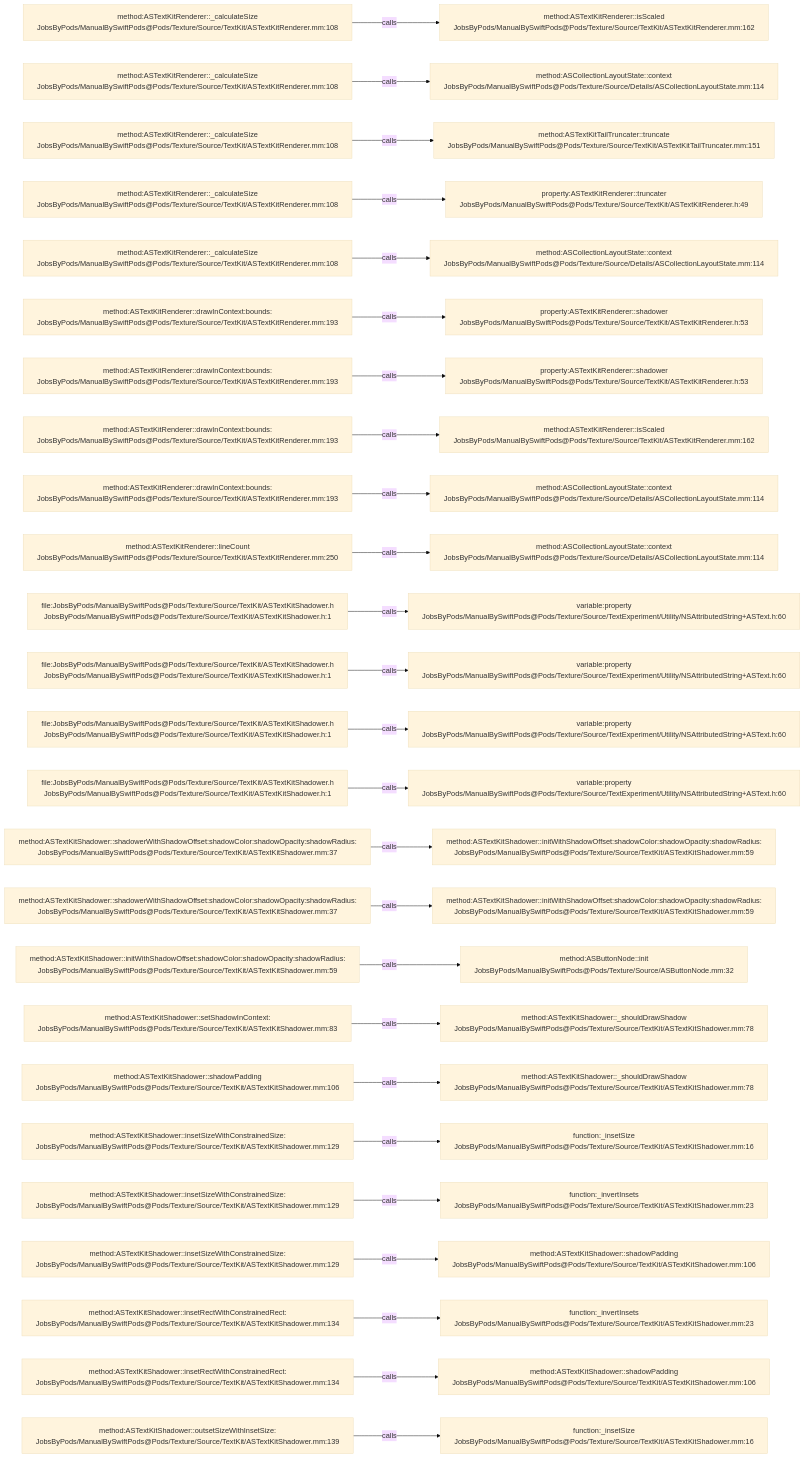
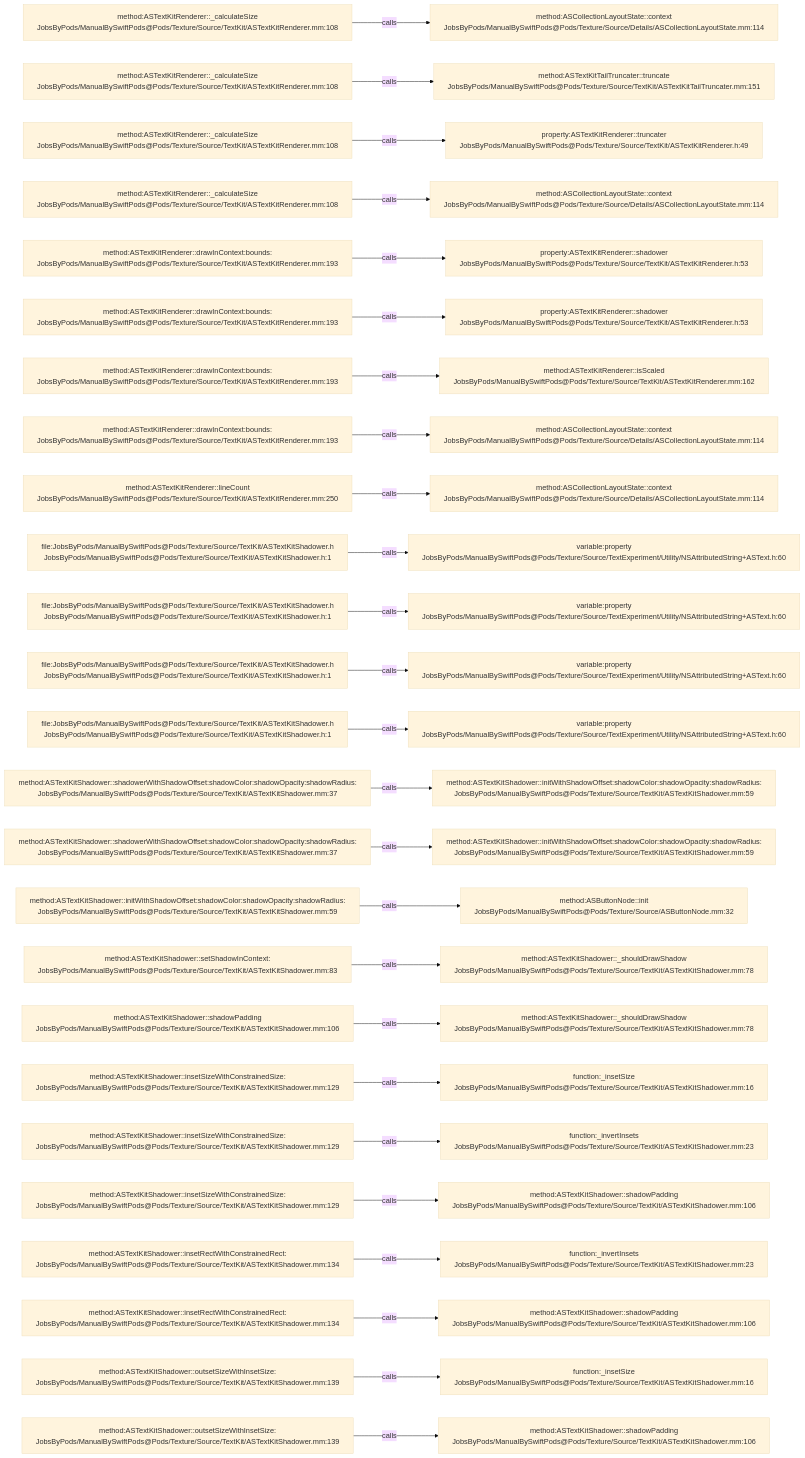
One commit to JobsKits/JobsSwiftBaseConfigDemo changed the diagram in .codegraph/codegraph.md/graphs/calls-150.md. Above: the diagram before and after it, drawn with Mermaid (base theme). The commit also changed 747 other files, not shown here.

````diff
--- a/.codegraph/codegraph.md/graphs/calls-150.md
+++ b/.codegraph/codegraph.md/graphs/calls-150.md
@@ -13,78 +13,78 @@
 ```mermaid
 flowchart LR
   S1["method:ASTextKitRenderer::_calculateSize<br/>JobsByPods/ManualBySwiftPods@Pods/Texture/Source/TextKit/ASTextKitRenderer.mm:108"]
-  T1["method:ASTextKitRenderer::isScaled<br/>JobsByPods/ManualBySwiftPods@Pods/Texture/Source/TextKit/ASTextKitRenderer.mm:162"]
+  T1["method:ASCollectionLayoutState::context<br/>JobsByPods/ManualBySwiftPods@Pods/Texture/Source/Details/ASCollectionLayoutState.mm:114"]
   S1 -->|calls| T1
   S2["method:ASTextKitRenderer::_calculateSize<br/>JobsByPods/ManualBySwiftPods@Pods/Texture/Source/TextKit/ASTextKitRenderer.mm:108"]
-  T2["method:ASCollectionLayoutState::context<br/>JobsByPods/ManualBySwiftPods@Pods/Texture/Source/Details/ASCollectionLayoutState.mm:114"]
+  T2["method:ASTextKitTailTruncater::truncate<br/>JobsByPods/ManualBySwiftPods@Pods/Texture/Source/TextKit/ASTextKitTailTruncater.mm:151"]
   S2 -->|calls| T2
   S3["method:ASTextKitRenderer::_calculateSize<br/>JobsByPods/ManualBySwiftPods@Pods/Texture/Source/TextKit/ASTextKitRenderer.mm:108"]
-  T3["method:ASTextKitTailTruncater::truncate<br/>JobsByPods/ManualBySwiftPods@Pods/Texture/Source/TextKit/ASTextKitTailTruncater.mm:151"]
+  T3["property:ASTextKitRenderer::truncater<br/>JobsByPods/ManualBySwiftPods@Pods/Texture/Source/TextKit/ASTextKitRenderer.h:49"]
   S3 -->|calls| T3
   S4["method:ASTextKitRenderer::_calculateSize<br/>JobsByPods/ManualBySwiftPods@Pods/Texture/Source/TextKit/ASTextKitRenderer.mm:108"]
-  T4["property:ASTextKitRenderer::truncater<br/>JobsByPods/ManualBySwiftPods@Pods/Texture/Source/TextKit/ASTextKitRenderer.h:49"]
+  T4["method:ASCollectionLayoutState::context<br/>JobsByPods/ManualBySwiftPods@Pods/Texture/Source/Details/ASCollectionLayoutState.mm:114"]
   S4 -->|calls| T4
-  S5["method:ASTextKitRenderer::_calculateSize<br/>JobsByPods/ManualBySwiftPods@Pods/Texture/Source/TextKit/ASTextKitRenderer.mm:108"]
-  T5["method:ASCollectionLayoutState::context<br/>JobsByPods/ManualBySwiftPods@Pods/Texture/Source/Details/ASCollectionLayoutState.mm:114"]
+  S5["method:ASTextKitRenderer::drawInContext:bounds:<br/>JobsByPods/ManualBySwiftPods@Pods/Texture/Source/TextKit/ASTextKitRenderer.mm:193"]
+  T5["property:ASTextKitRenderer::shadower<br/>JobsByPods/ManualBySwiftPods@Pods/Texture/Source/TextKit/ASTextKitRenderer.h:53"]
   S5 -->|calls| T5
   S6["method:ASTextKitRenderer::drawInContext:bounds:<br/>JobsByPods/ManualBySwiftPods@Pods/Texture/Source/TextKit/ASTextKitRenderer.mm:193"]
   T6["property:ASTextKitRenderer::shadower<br/>JobsByPods/ManualBySwiftPods@Pods/Texture/Source/TextKit/ASTextKitRenderer.h:53"]
   S6 -->|calls| T6
   S7["method:ASTextKitRenderer::drawInContext:bounds:<br/>JobsByPods/ManualBySwiftPods@Pods/Texture/Source/TextKit/ASTextKitRenderer.mm:193"]
-  T7["property:ASTextKitRenderer::shadower<br/>JobsByPods/ManualBySwiftPods@Pods/Texture/Source/TextKit/ASTextKitRenderer.h:53"]
+  T7["method:ASTextKitRenderer::isScaled<br/>JobsByPods/ManualBySwiftPods@Pods/Texture/Source/TextKit/ASTextKitRenderer.mm:162"]
   S7 -->|calls| T7
   S8["method:ASTextKitRenderer::drawInContext:bounds:<br/>JobsByPods/ManualBySwiftPods@Pods/Texture/Source/TextKit/ASTextKitRenderer.mm:193"]
-  T8["method:ASTextKitRenderer::isScaled<br/>JobsByPods/ManualBySwiftPods@Pods/Texture/Source/TextKit/ASTextKitRenderer.mm:162"]
+  T8["method:ASCollectionLayoutState::context<br/>JobsByPods/ManualBySwiftPods@Pods/Texture/Source/Details/ASCollectionLayoutState.mm:114"]
   S8 -->|calls| T8
-  S9["method:ASTextKitRenderer::drawInContext:bounds:<br/>JobsByPods/ManualBySwiftPods@Pods/Texture/Source/TextKit/ASTextKitRenderer.mm:193"]
+  S9["method:ASTextKitRenderer::lineCount<br/>JobsByPods/ManualBySwiftPods@Pods/Texture/Source/TextKit/ASTextKitRenderer.mm:250"]
   T9["method:ASCollectionLayoutState::context<br/>JobsByPods/ManualBySwiftPods@Pods/Texture/Source/Details/ASCollectionLayoutState.mm:114"]
   S9 -->|calls| T9
-  S10["method:ASTextKitRenderer::lineCount<br/>JobsByPods/ManualBySwiftPods@Pods/Texture/Source/TextKit/ASTextKitRenderer.mm:250"]
-  T10["method:ASCollectionLayoutState::context<br/>JobsByPods/ManualBySwiftPods@Pods/Texture/Source/Details/ASCollectionLayoutState.mm:114"]
+  S10["file:JobsByPods/ManualBySwiftPods@Pods/Texture/Source/TextKit/ASTextKitShadower.h<br/>JobsByPods/ManualBySwiftPods@Pods/Texture/Source/TextKit/ASTextKitShadower.h:1"]
+  T10["variable:property<br/>JobsByPods/ManualBySwiftPods@Pods/Texture/Source/TextExperiment/Utility/NSAttributedString+ASText.h:60"]
   S10 -->|calls| T10
   S11["file:JobsByPods/ManualBySwiftPods@Pods/Texture/Source/TextKit/ASTextKitShadower.h<br/>JobsByPods/ManualBySwiftPods@Pods/Texture/Source/TextKit/ASTextKitShadower.h:1"]
   T11["variable:property<br/>JobsByPods/ManualBySwiftPods@Pods/Texture/Source/TextExperiment/Utility/NSAttributedString+ASText.h:60"]
   S11 -->|calls| T11
   S12["file:JobsByPods/ManualBySwiftPods@Pods/Texture/Source/TextKit/ASTextKitShadower.h<br/>JobsByPods/ManualBySwiftPods@Pods/Texture/Source/TextKit/ASTextKitShadower.h:1"]
   T12["variable:property<br/>JobsByPods/ManualBySwiftPods@Pods/Texture/Source/TextExperiment/Utility/NSAttributedString+ASText.h:60"]
   S12 -->|calls| T12
   S13["file:JobsByPods/ManualBySwiftPods@Pods/Texture/Source/TextKit/ASTextKitShadower.h<br/>JobsByPods/ManualBySwiftPods@Pods/Texture/Source/TextKit/ASTextKitShadower.h:1"]
   T13["variable:property<br/>JobsByPods/ManualBySwiftPods@Pods/Texture/Source/TextExperiment/Utility/NSAttributedString+ASText.h:60"]
   S13 -->|calls| T13
-  S14["file:JobsByPods/ManualBySwiftPods@Pods/Texture/Source/TextKit/ASTextKitShadower.h<br/>JobsByPods/ManualBySwiftPods@Pods/Texture/Source/TextKit/ASTextKitShadower.h:1"]
-  T14["variable:property<br/>JobsByPods/ManualBySwiftPods@Pods/Texture/Source/TextExperiment/Utility/NSAttributedString+ASText.h:60"]
+  S14["method:ASTextKitShadower::shadowerWithShadowOffset:shadowColor:shadowOpacity:shadowRadius:<br/>JobsByPods/ManualBySwiftPods@Pods/Texture/Source/TextKit/ASTextKitShadower.mm:37"]
+  T14["method:ASTextKitShadower::initWithShadowOffset:shadowColor:shadowOpacity:shadowRadius:<br/>JobsByPods/ManualBySwiftPods@Pods/Texture/Source/TextKit/ASTextKitShadower.mm:59"]
   S14 -->|calls| T14
   S15["method:ASTextKitShadower::shadowerWithShadowOffset:shadowColor:shadowOpacity:shadowRadius:<br/>JobsByPods/ManualBySwiftPods@Pods/Texture/Source/TextKit/ASTextKitShadower.mm:37"]
   T15["method:ASTextKitShadower::initWithShadowOffset:shadowColor:shadowOpacity:shadowRadius:<br/>JobsByPods/ManualBySwiftPods@Pods/Texture/Source/TextKit/ASTextKitShadower.mm:59"]
   S15 -->|calls| T15
-  S16["method:ASTextKitShadower::shadowerWithShadowOffset:shadowColor:shadowOpacity:shadowRadius:<br/>JobsByPods/ManualBySwiftPods@Pods/Texture/Source/TextKit/ASTextKitShadower.mm:37"]
-  T16["method:ASTextKitShadower::initWithShadowOffset:shadowColor:shadowOpacity:shadowRadius:<br/>JobsByPods/ManualBySwiftPods@Pods/Texture/Source/TextKit/ASTextKitShadower.mm:59"]
+  S16["method:ASTextKitShadower::initWithShadowOffset:shadowColor:shadowOpacity:shadowRadius:<br/>JobsByPods/ManualBySwiftPods@Pods/Texture/Source/TextKit/ASTextKitShadower.mm:59"]
+  T16["method:ASButtonNode::init<br/>JobsByPods/ManualBySwiftPods@Pods/Texture/Source/ASButtonNode.mm:32"]
   S16 -->|calls| T16
-  S17["method:ASTextKitShadower::initWithShadowOffset:shadowColor:shadowOpacity:shadowRadius:<br/>JobsByPods/ManualBySwiftPods@Pods/Texture/Source/TextKit/ASTextKitShadower.mm:59"]
-  T17["method:ASButtonNode::init<br/>JobsByPods/ManualBySwiftPods@Pods/Texture/Source/ASButtonNode.mm:32"]
+  S17["method:ASTextKitShadower::setShadowInContext:<br/>JobsByPods/ManualBySwiftPods@Pods/Texture/Source/TextKit/ASTextKitShadower.mm:83"]
+  T17["method:ASTextKitShadower::_shouldDrawShadow<br/>JobsByPods/ManualBySwiftPods@Pods/Texture/Source/TextKit/ASTextKitShadower.mm:78"]
   S17 -->|calls| T17
-  S18["method:ASTextKitShadower::setShadowInContext:<br/>JobsByPods/ManualBySwiftPods@Pods/Texture/Source/TextKit/ASTextKitShadower.mm:83"]
+  S18["method:ASTextKitShadower::shadowPadding<br/>JobsByPods/ManualBySwiftPods@Pods/Texture/Source/TextKit/ASTextKitShadower.mm:106"]
   T18["method:ASTextKitShadower::_shouldDrawShadow<br/>JobsByPods/ManualBySwiftPods@Pods/Texture/Source/TextKit/ASTextKitShadower.mm:78"]
   S18 -->|calls| T18
-  S19["method:ASTextKitShadower::shadowPadding<br/>JobsByPods/ManualBySwiftPods@Pods/Texture/Source/TextKit/ASTextKitShadower.mm:106"]
-  T19["method:ASTextKitShadower::_shouldDrawShadow<br/>JobsByPods/ManualBySwiftPods@Pods/Texture/Source/TextKit/ASTextKitShadower.mm:78"]
+  S19["method:ASTextKitShadower::insetSizeWithConstrainedSize:<br/>JobsByPods/ManualBySwiftPods@Pods/Texture/Source/TextKit/ASTextKitShadower.mm:129"]
+  T19["function:_insetSize<br/>JobsByPods/ManualBySwiftPods@Pods/Texture/Source/TextKit/ASTextKitShadower.mm:16"]
   S19 -->|calls| T19
   S20["method:ASTextKitShadower::insetSizeWithConstrainedSize:<br/>JobsByPods/ManualBySwiftPods@Pods/Texture/Source/TextKit/ASTextKitShadower.mm:129"]
-  T20["function:_insetSize<br/>JobsByPods/ManualBySwiftPods@Pods/Texture/Source/TextKit/ASTextKitShadower.mm:16"]
+  T20["function:_invertInsets<br/>JobsByPods/ManualBySwiftPods@Pods/Texture/Source/TextKit/ASTextKitShadower.mm:23"]
   S20 -->|calls| T20
   S21["method:ASTextKitShadower::insetSizeWithConstrainedSize:<br/>JobsByPods/ManualBySwiftPods@Pods/Texture/Source/TextKit/ASTextKitShadower.mm:129"]
-  T21["function:_invertInsets<br/>JobsByPods/ManualBySwiftPods@Pods/Texture/Source/TextKit/ASTextKitShadower.mm:23"]
+  T21["method:ASTextKitShadower::shadowPadding<br/>JobsByPods/ManualBySwiftPods@Pods/Texture/Source/TextKit/ASTextKitShadower.mm:106"]
   S21 -->|calls| T21
-  S22["method:ASTextKitShadower::insetSizeWithConstrainedSize:<br/>JobsByPods/ManualBySwiftPods@Pods/Texture/Source/TextKit/ASTextKitShadower.mm:129"]
-  T22["method:ASTextKitShadower::shadowPadding<br/>JobsByPods/ManualBySwiftPods@Pods/Texture/Source/TextKit/ASTextKitShadower.mm:106"]
+  S22["method:ASTextKitShadower::insetRectWithConstrainedRect:<br/>JobsByPods/ManualBySwiftPods@Pods/Texture/Source/TextKit/ASTextKitShadower.mm:134"]
+  T22["function:_invertInsets<br/>JobsByPods/ManualBySwiftPods@Pods/Texture/Source/TextKit/ASTextKitShadower.mm:23"]
   S22 -->|calls| T22
   S23["method:ASTextKitShadower::insetRectWithConstrainedRect:<br/>JobsByPods/ManualBySwiftPods@Pods/Texture/Source/TextKit/ASTextKitShadower.mm:134"]
-  T23["function:_invertInsets<br/>JobsByPods/ManualBySwiftPods@Pods/Texture/Source/TextKit/ASTextKitShadower.mm:23"]
+  T23["method:ASTextKitShadower::shadowPadding<br/>JobsByPods/ManualBySwiftPods@Pods/Texture/Source/TextKit/ASTextKitShadower.mm:106"]
   S23 -->|calls| T23
-  S24["method:ASTextKitShadower::insetRectWithConstrainedRect:<br/>JobsByPods/ManualBySwiftPods@Pods/Texture/Source/TextKit/ASTextKitShadower.mm:134"]
-  T24["method:ASTextKitShadower::shadowPadding<br/>JobsByPods/ManualBySwiftPods@Pods/Texture/Source/TextKit/ASTextKitShadower.mm:106"]
+  S24["method:ASTextKitShadower::outsetSizeWithInsetSize:<br/>JobsByPods/ManualBySwiftPods@Pods/Texture/Source/TextKit/ASTextKitShadower.mm:139"]
+  T24["function:_insetSize<br/>JobsByPods/ManualBySwiftPods@Pods/Texture/Source/TextKit/ASTextKitShadower.mm:16"]
   S24 -->|calls| T24
   S25["method:ASTextKitShadower::outsetSizeWithInsetSize:<br/>JobsByPods/ManualBySwiftPods@Pods/Texture/Source/TextKit/ASTextKitShadower.mm:139"]
-  T25["function:_insetSize<br/>JobsByPods/ManualBySwiftPods@Pods/Texture/Source/TextKit/ASTextKitShadower.mm:16"]
+  T25["method:ASTextKitShadower::shadowPadding<br/>JobsByPods/ManualBySwiftPods@Pods/Texture/Source/TextKit/ASTextKitShadower.mm:106"]
   S25 -->|calls| T25
 ```
````
